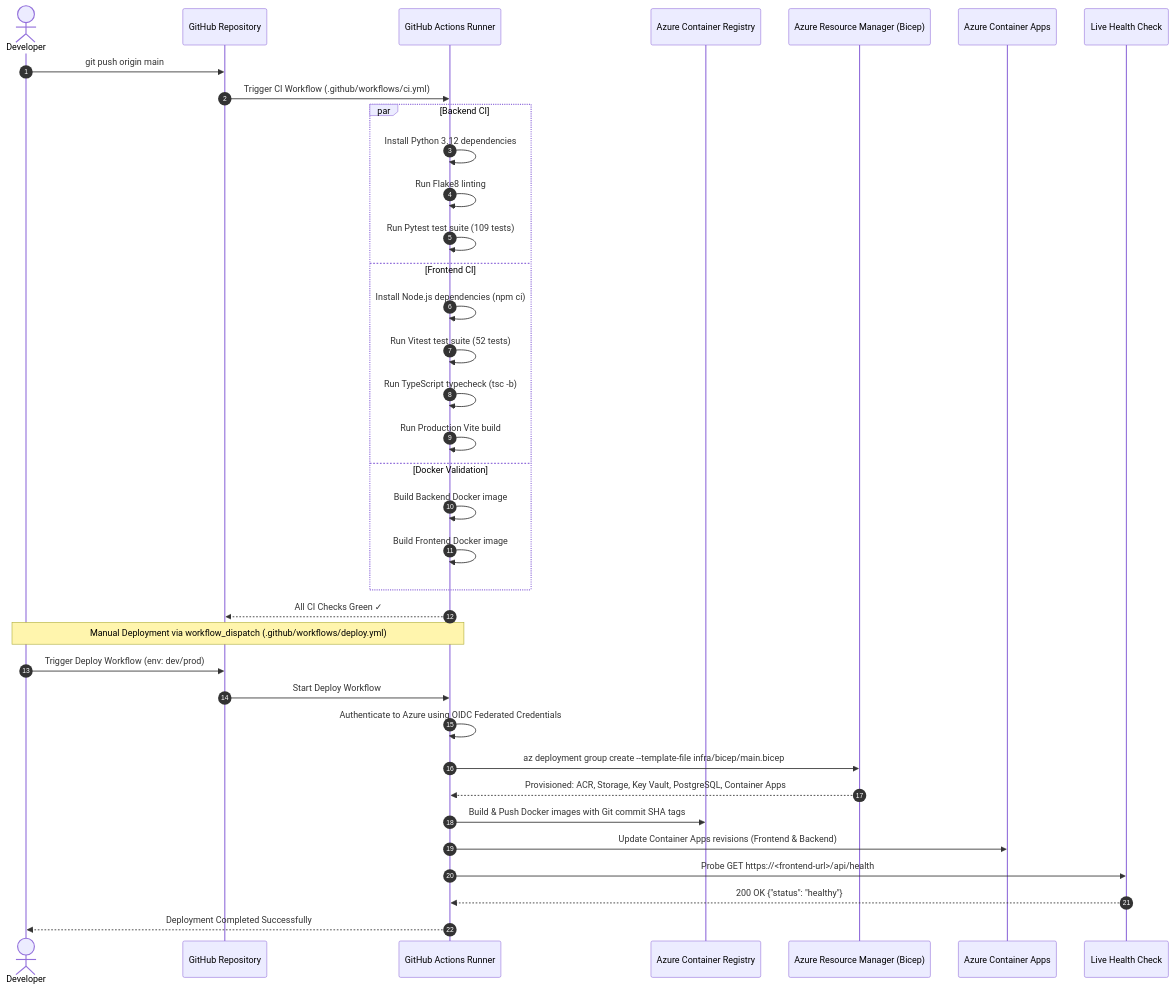
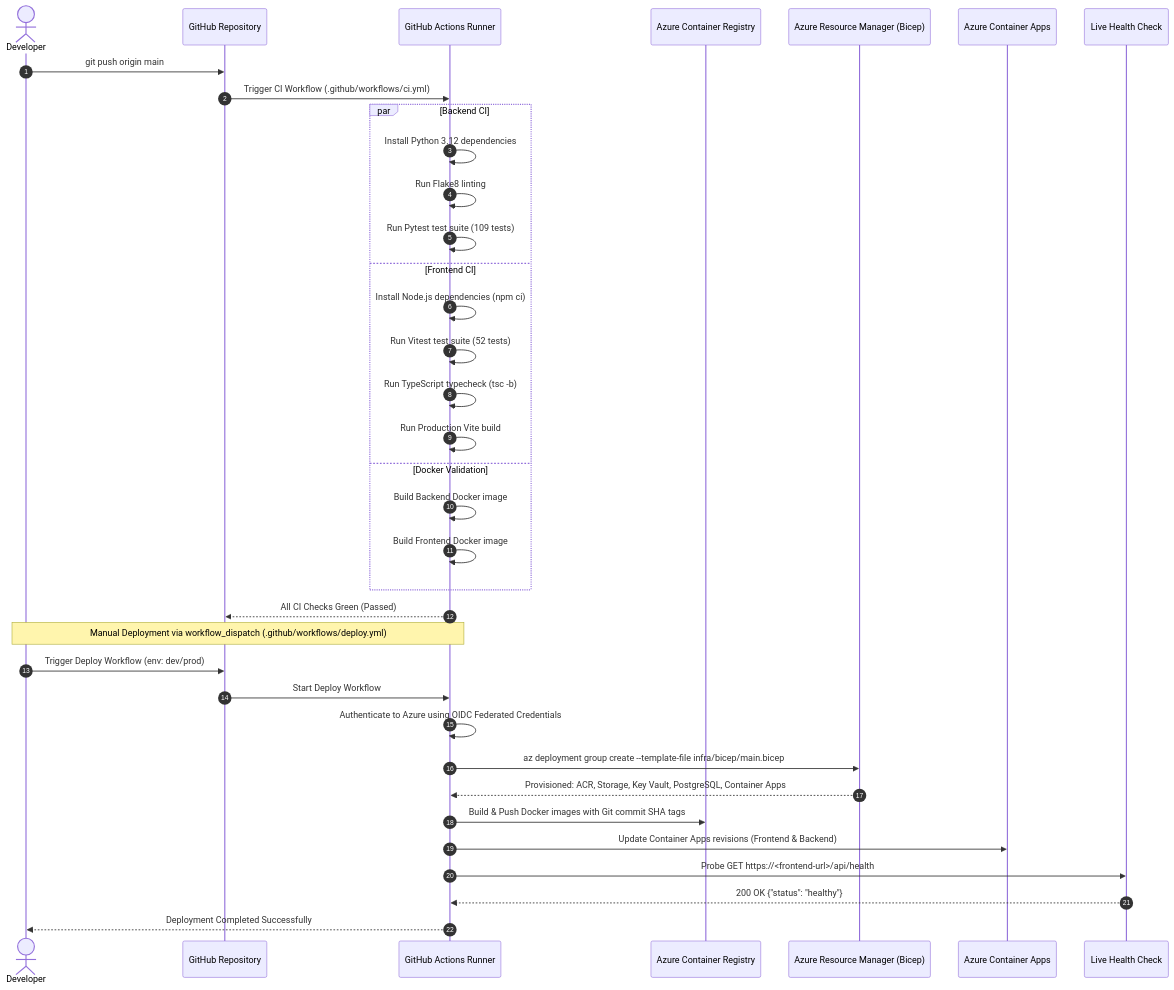
Before and after one commit to dhanashri58/CloudResume_CC: the sixth of 6 diagrams in docs/architecture.md, drawn with Mermaid. The commit also changed 41 other files, not shown here.

Commit message:
feat: migrate to GCP architecture, dark cloud studio UI overhaul, and add meadow rise footer

````diff
--- a/docs/architecture.md
+++ b/docs/architecture.md
@@ -254,40 +254,40 @@
 ```mermaid
 sequenceDiagram
     autonumber
     actor Dev as Developer
     participant Git as GitHub Repository
     participant Actions as GitHub Actions Runner
     participant ACR as Azure Container Registry
     participant Bicep as Azure Resource Manager (Bicep)
     participant ACA as Azure Container Apps
     participant App as Live Health Check
 
     Dev->>Git: git push origin main
     Git->>Actions: Trigger CI Workflow (.github/workflows/ci.yml)
     par Backend CI
         Actions->>Actions: Install Python 3.12 dependencies
         Actions->>Actions: Run Flake8 linting
         Actions->>Actions: Run Pytest test suite (109 tests)
     and Frontend CI
         Actions->>Actions: Install Node.js dependencies (npm ci)
         Actions->>Actions: Run Vitest test suite (52 tests)
         Actions->>Actions: Run TypeScript typecheck (tsc -b)
         Actions->>Actions: Run Production Vite build
     and Docker Validation
         Actions->>Actions: Build Backend Docker image
         Actions->>Actions: Build Frontend Docker image
     end
-    Actions-->>Git: All CI Checks Green ✓
+    Actions-->>Git: All CI Checks Green (Passed)
 
     Note over Dev,Actions: Manual Deployment via workflow_dispatch (.github/workflows/deploy.yml)
     Dev->>Git: Trigger Deploy Workflow (env: dev/prod)
     Git->>Actions: Start Deploy Workflow
     Actions->>Actions: Authenticate to Azure using OIDC Federated Credentials
     Actions->>Bicep: az deployment group create --template-file infra/bicep/main.bicep
     Bicep-->>Actions: Provisioned: ACR, Storage, Key Vault, PostgreSQL, Container Apps
     Actions->>ACR: Build & Push Docker images with Git commit SHA tags
     Actions->>ACA: Update Container Apps revisions (Frontend & Backend)
     Actions->>App: Probe GET https://<frontend-url>/api/health
     App-->>Actions: 200 OK {"status": "healthy"}
     Actions-->>Dev: Deployment Completed Successfully
 ```
````
